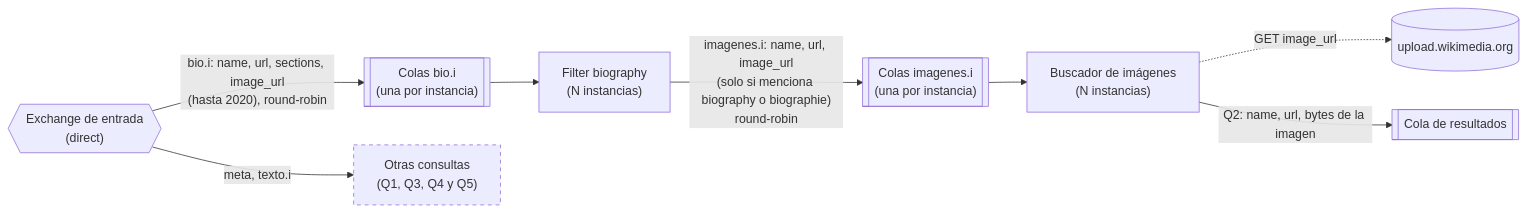
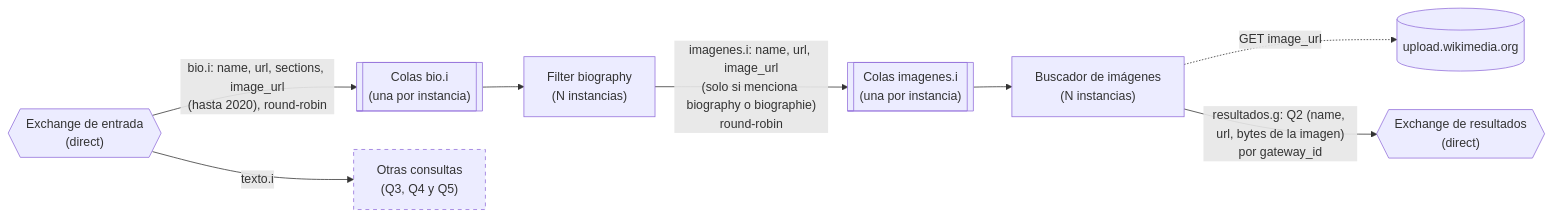
Before and after one commit to Cristobal710/tp-final-distribuidos: the seventh of 14 diagrams in diagramas/README.md, drawn with Mermaid. The commit also changed other lines of this file, not shown here.

````diff
--- a/diagramas/README.md
+++ b/diagramas/README.md
@@ -370,15 +321,15 @@
 ```mermaid
 flowchart LR
     EXE{{"Exchange de entrada<br/>(direct)"}}
     EXE -- "bio.i: name, url, sections, image_url<br/>(hasta 2020), round-robin" --> QBIO[["Colas bio.i<br/>(una por instancia)"]]
-    EXE -- "meta, texto.i" --> OTRAS["Otras consultas<br/>(Q1, Q3, Q4 y Q5)"]
+    EXE -- "texto.i" --> OTRAS["Otras consultas<br/>(Q3, Q4 y Q5)"]
 
     QBIO --> BIO["Filter biography<br/>(N instancias)"]
     BIO -- "imagenes.i: name, url, image_url<br/>(solo si menciona biography o biographie)<br/>round-robin" --> QIMG[["Colas imagenes.i<br/>(una por instancia)"]]
     QIMG --> IMG["Buscador de imágenes<br/>(N instancias)"]
     IMG -. "GET image_url" .-> WM[("upload.wikimedia.org")]
-    IMG -- "Q2: name, url, bytes de la imagen" --> QR[["Cola de resultados"]]
+    IMG -- "resultados.g: Q2 (name, url, bytes de la imagen)<br/>por gateway_id" --> EXR{{"Exchange de resultados<br/>(direct)"}}
 
     classDef resto stroke-dasharray: 5 5
     class OTRAS resto
 ```
````
